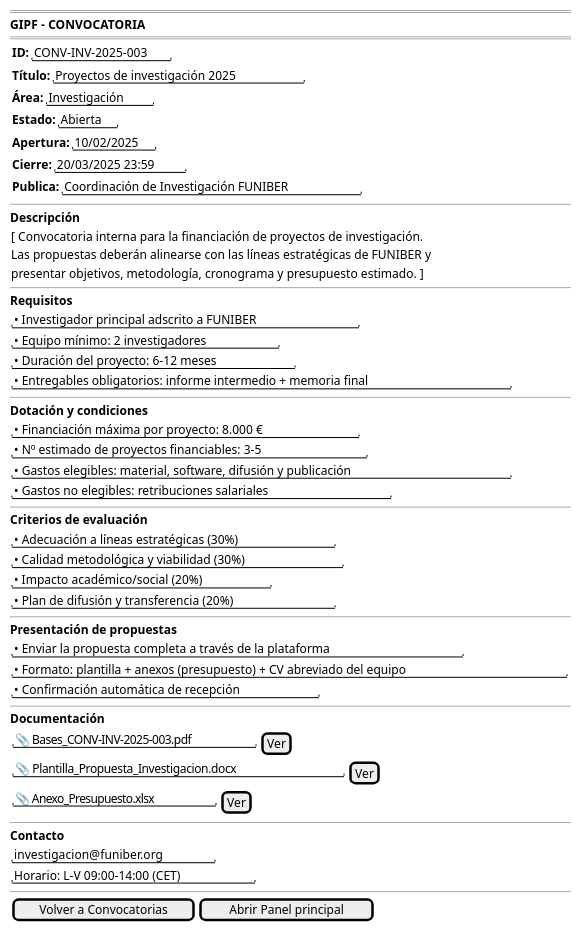
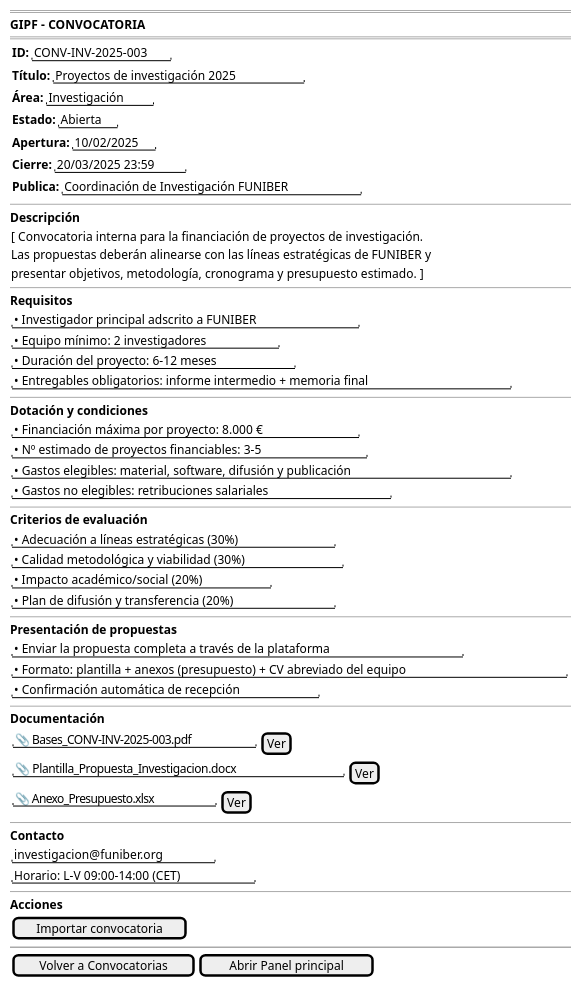
One commit to 31Diego/25-26-IdSw1-SdR changed the diagram in documents/casosDeUso/detalle/coordinador/04-convocatorias/abrirConvocatoria/prototipo/prototipo.puml. Above: the diagram before and after it, drawn with PlantUML. The commit also changed 38 other files, not shown here.

Commit message:
Agrego detallado y prototipos de casos de uso de importarConvocatoria y de entregables

```diff
--- a/documents/casosDeUso/detalle/coordinador/04-convocatorias/abrirConvocatoria/prototipo/prototipo.puml
+++ b/documents/casosDeUso/detalle/coordinador/04-convocatorias/abrirConvocatoria/prototipo/prototipo.puml
@@ -1,86 +1,93 @@
 @startsalt convocatoriaAbierta-wireframe
 {
     ====
     <b>GIPF - CONVOCATORIA</b>
     ====
 
     {
         { <b>ID:</b> | "CONV-INV-2025-003" }
         { <b>Título:</b> | "Proyectos de investigación 2025" }
         { <b>Área:</b> | "Investigación" }
         { <b>Estado:</b> | "Abierta" }
         { <b>Apertura:</b> | "10/02/2025" }
         { <b>Cierre:</b> | "20/03/2025 23:59" }
         { <b>Publica:</b> | "Coordinación de Investigación FUNIBER" }
     }
 
     --
 
     <b>Descripción</b>
     {
         [ Convocatoria interna para la financiación de proyectos de investigación.
         Las propuestas deberán alinearse con las líneas estratégicas de FUNIBER y
         presentar objetivos, metodología, cronograma y presupuesto estimado. ]
     }
 
     --
 
     <b>Requisitos</b>
     {
         "• Investigador principal adscrito a FUNIBER"
         "• Equipo mínimo: 2 investigadores"
         "• Duración del proyecto: 6–12 meses"
         "• Entregables obligatorios: informe intermedio + memoria final"
     }
 
     --
 
     <b>Dotación y condiciones</b>
     {
         "• Financiación máxima por proyecto: 8.000 €"
         "• Nº estimado de proyectos financiables: 3–5"
         "• Gastos elegibles: material, software, difusión y publicación"
         "• Gastos no elegibles: retribuciones salariales"
     }
 
     --
 
     <b>Criterios de evaluación</b>
     {
         "• Adecuación a líneas estratégicas (30%)"
         "• Calidad metodológica y viabilidad (30%)"
         "• Impacto académico/social (20%)"
         "• Plan de difusión y transferencia (20%)"
     }
 
     --
 
     <b>Presentación de propuestas</b>
     {
         "• Enviar la propuesta completa a través de la plataforma"
         "• Formato: plantilla + anexos (presupuesto) + CV abreviado del equipo"
         "• Confirmación automática de recepción"
     }
 
     --
 
     <b>Documentación</b>
     {
         { "📎 Bases_CONV-INV-2025-003.pdf" | [Ver] }
         { "📎 Plantilla_Propuesta_Investigacion.docx" | [Ver] }
         { "📎 Anexo_Presupuesto.xlsx" | [Ver] }
     }
 
     --
 
     <b>Contacto</b>
     {
         "investigacion@funiber.org"
         "Horario: L–V 09:00–14:00 (CET)"
     }
 
     --
 
+    <b>Acciones</b>
+    {
+        [Importar convocatoria]
+    }
+
+    ~~
+
     { [Volver a Convocatorias] | [Abrir Panel principal] }
 }
 @endsalt
```
